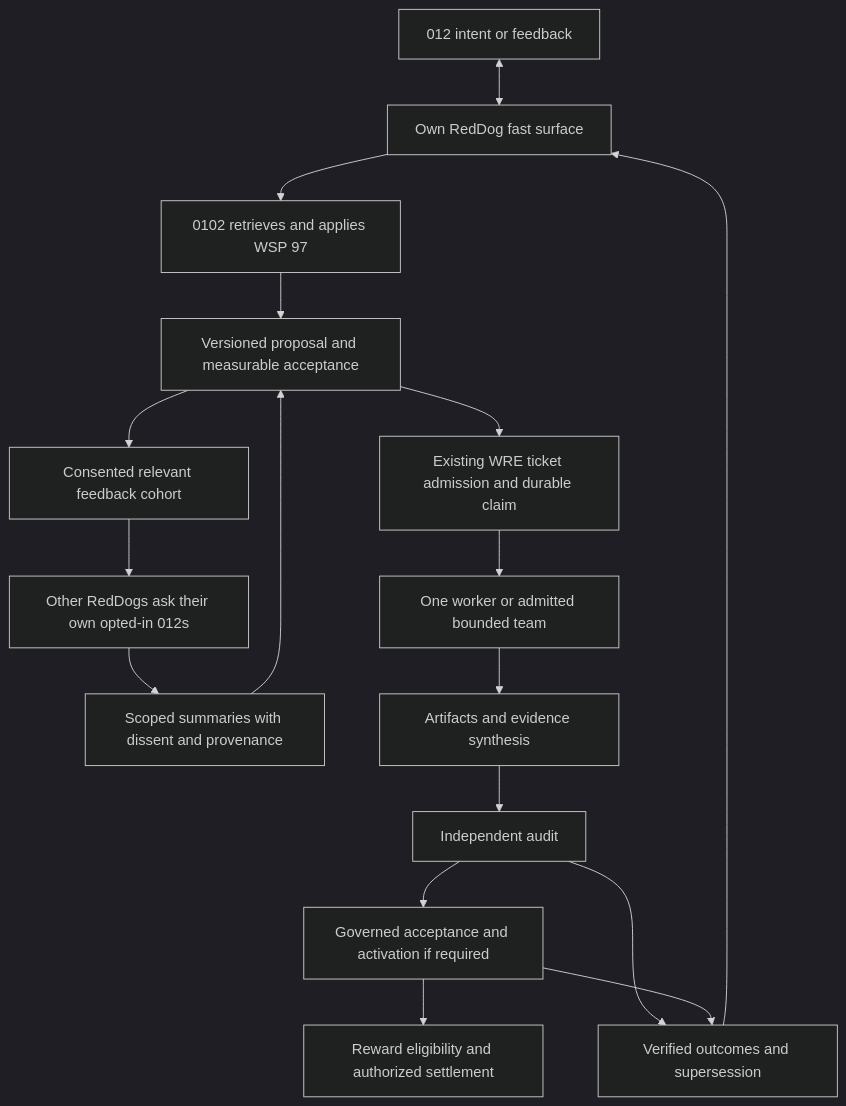
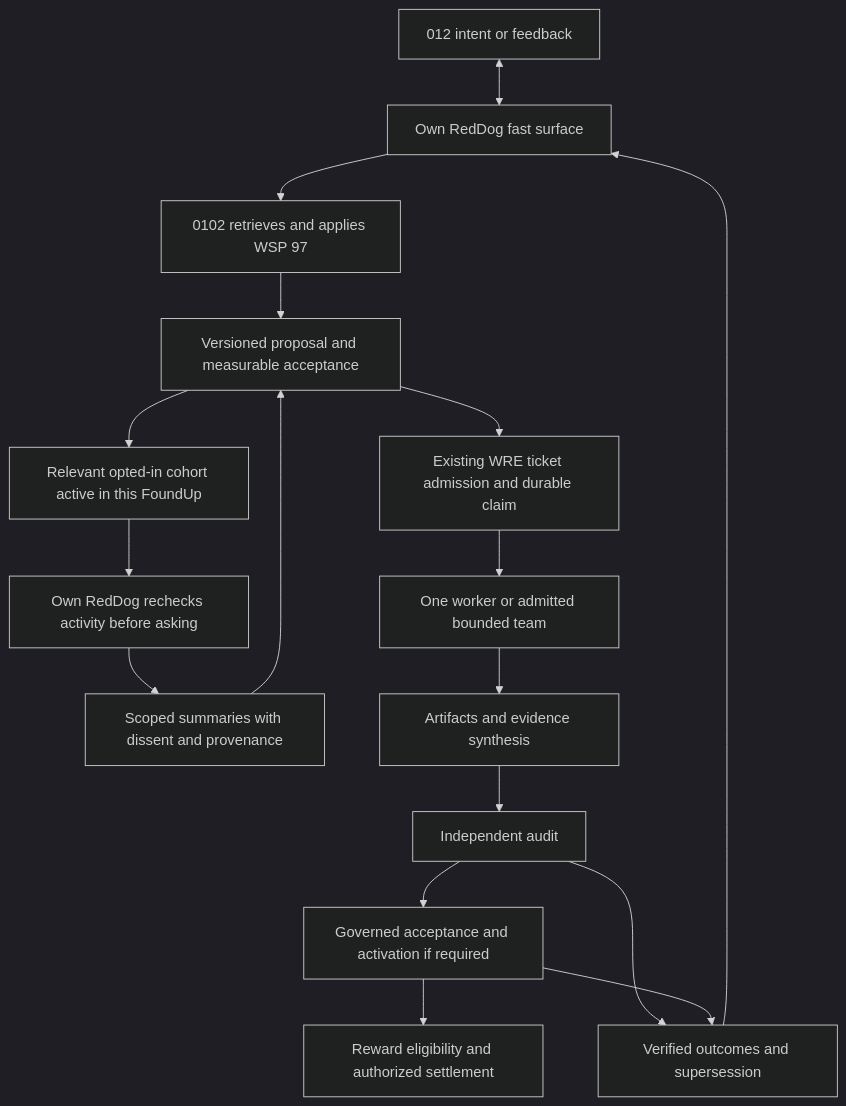
The diagram in docs/architecture/REDDOG_HYBRID_TICKET_SWARM_FEEDBACK_MODEL.md (FOUNDUPS/Foundups-Agent), drawn with Mermaid (dark theme) before and after one commit. The commit also changed other lines of this file and 8 other files, not shown here.

First line of the commit message:
docs(roadmap): bind RedDog feedback to active FoundUp participation

````diff
--- a/docs/architecture/REDDOG_HYBRID_TICKET_SWARM_FEEDBACK_MODEL.md
+++ b/docs/architecture/REDDOG_HYBRID_TICKET_SWARM_FEEDBACK_MODEL.md
@@ -34,19 +34,19 @@
 ```mermaid
 flowchart TD
     P[012 intent or feedback] <--> R[Own RedDog fast surface]
     R --> D[0102 retrieves and applies WSP 97]
     D --> V[Versioned proposal and measurable acceptance]
-    V --> F[Consented relevant feedback cohort]
-    F --> O[Other RedDogs ask their own opted-in 012s]
+    V --> F[Relevant opted-in cohort active in this FoundUp]
+    F --> O[Own RedDog rechecks activity before asking]
     O --> S[Scoped summaries with dissent and provenance]
     S --> V
     V --> T[Existing WRE ticket admission and durable claim]
     T --> W[One worker or admitted bounded team]
     W --> E[Artifacts and evidence synthesis]
     E --> A[Independent audit]
     A --> G[Governed acceptance and activation if required]
     G --> C[Reward eligibility and authorized settlement]
     A --> M[Verified outcomes and supersession]
     G --> M
     M --> R
 ```
````
